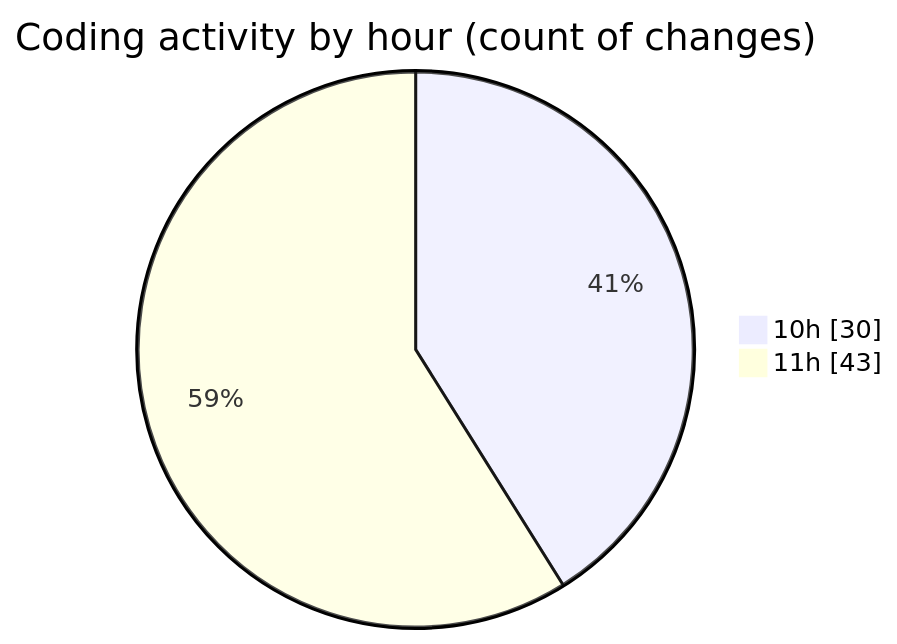
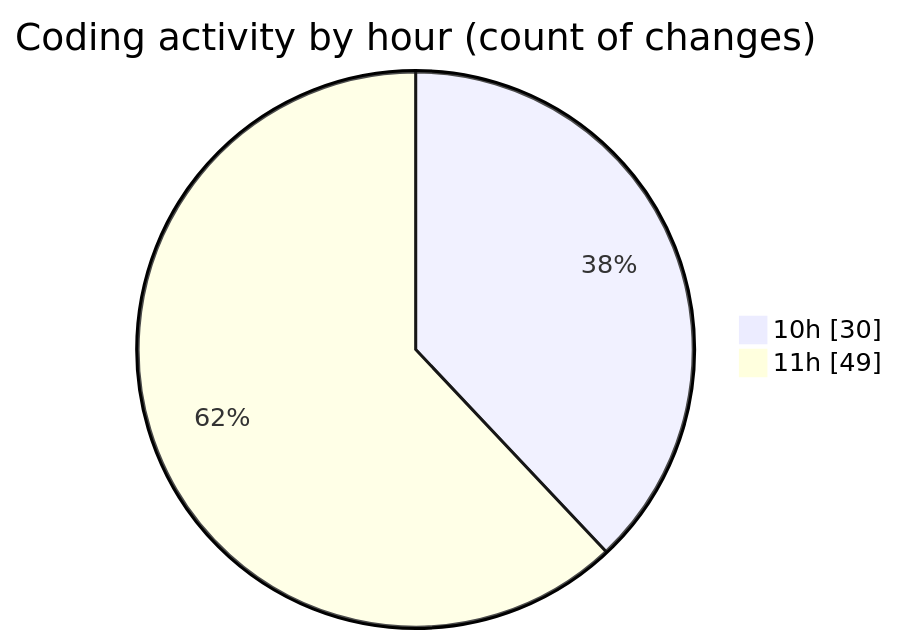
One commit to momahboobian/code-tracking changed the second of 2 diagrams in 2025-05-01/cda/README.md. Above: the diagram before and after it, drawn with Mermaid. The commit also changed other lines of this file and 1 other file, not shown here.

````diff
--- a/2025-05-01/cda/README.md
+++ b/2025-05-01/cda/README.md
@@ -38,6 +38,6 @@
 ```mermaid
 pie showData
 title Coding activity by hour (count of changes)
 "10h" : 30
-"11h" : 43
+"11h" : 49
 ```
````
